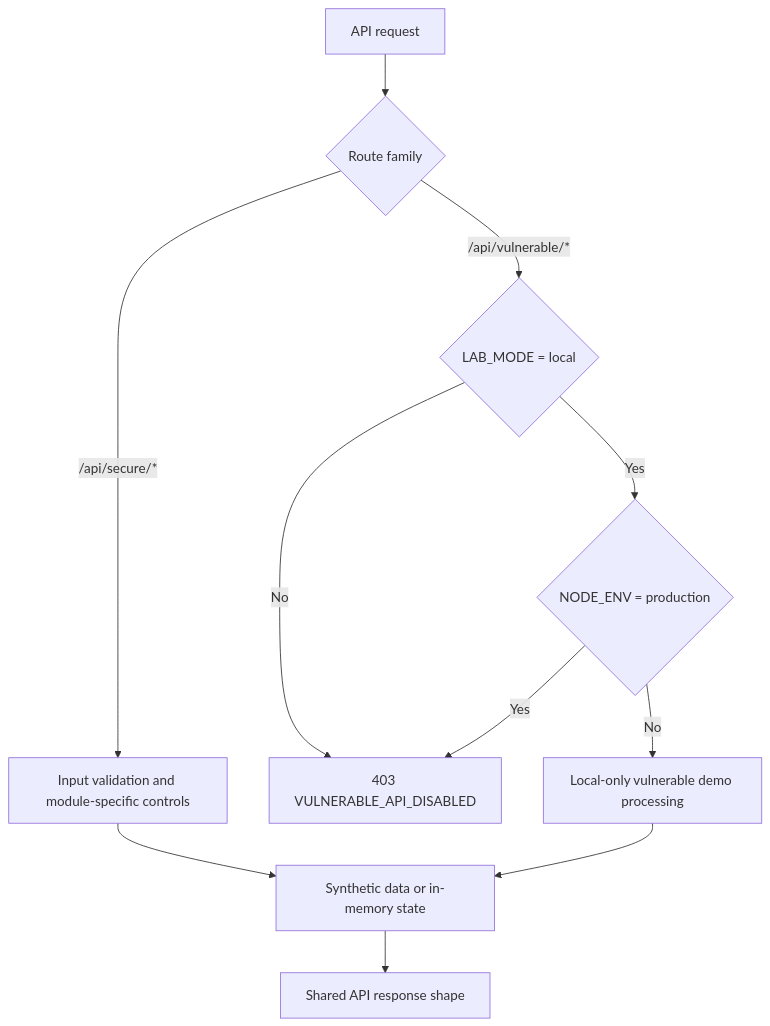
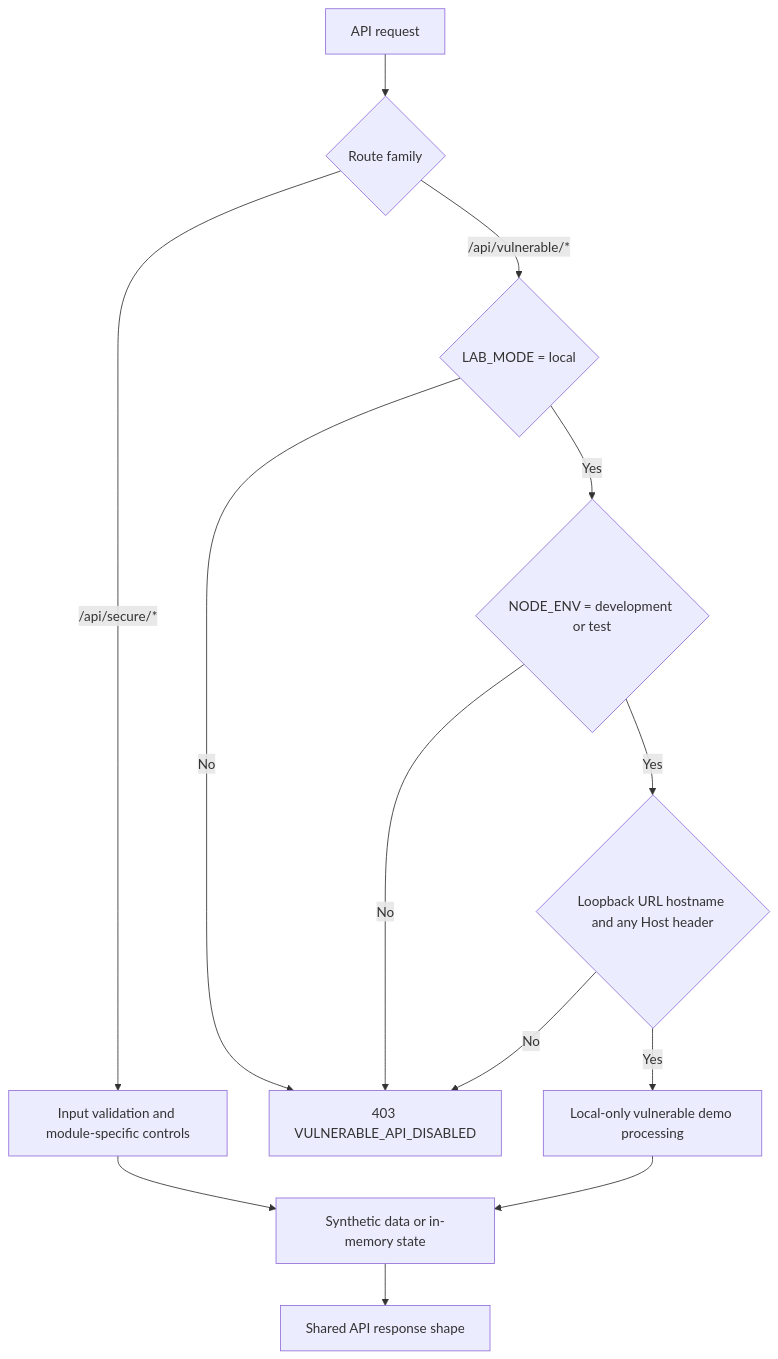
Before and after one commit to kiryu1211/api-security-lab-platform: the fifth of 8 diagrams in docs/design.en.md, drawn with Mermaid. The commit also changed other lines of this file and 15 other files, not shown here.

````diff
--- a/docs/design.en.md
+++ b/docs/design.en.md
@@ -148,14 +156,16 @@
 ```mermaid
 flowchart TD
     Request["API request"] --> Route{"Route family"}
     Route -- "/api/secure/*" --> SecureChecks["Input validation and module-specific controls"]
     SecureChecks --> SyntheticData["Synthetic data or in-memory state"]
     SyntheticData --> Response["Shared API response shape"]
 
     Route -- "/api/vulnerable/*" --> LocalMode{"LAB_MODE = local"}
     LocalMode -- "No" --> Disabled["403 VULNERABLE_API_DISABLED"]
-    LocalMode -- "Yes" --> Production{"NODE_ENV = production"}
-    Production -- "Yes" --> Disabled
-    Production -- "No" --> VulnerableDemo["Local-only vulnerable demo processing"]
+    LocalMode -- "Yes" --> Runtime{"NODE_ENV = development or test"}
+    Runtime -- "No" --> Disabled
+    Runtime -- "Yes" --> Loopback{"Loopback URL hostname and any Host header"}
+    Loopback -- "No" --> Disabled
+    Loopback -- "Yes" --> VulnerableDemo["Local-only vulnerable demo processing"]
     VulnerableDemo --> SyntheticData
 ```
````
